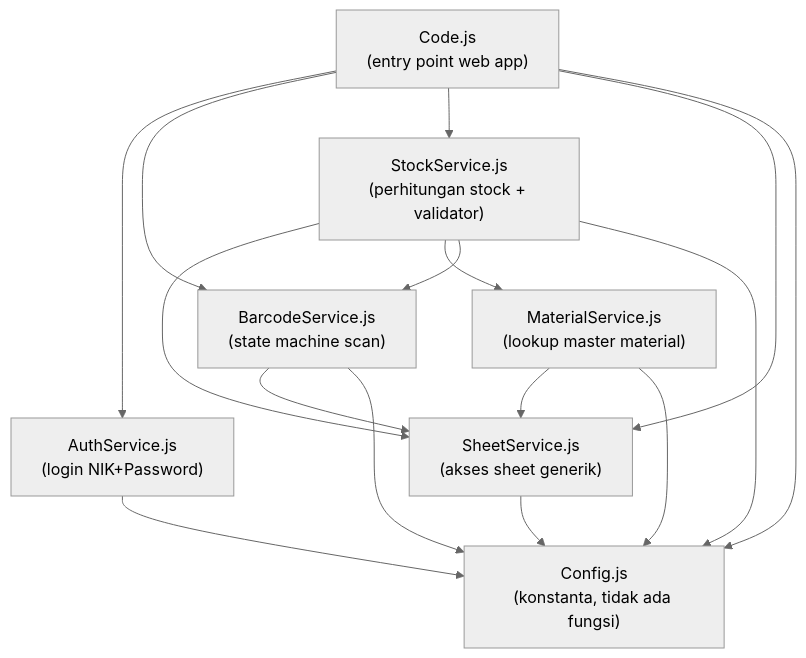
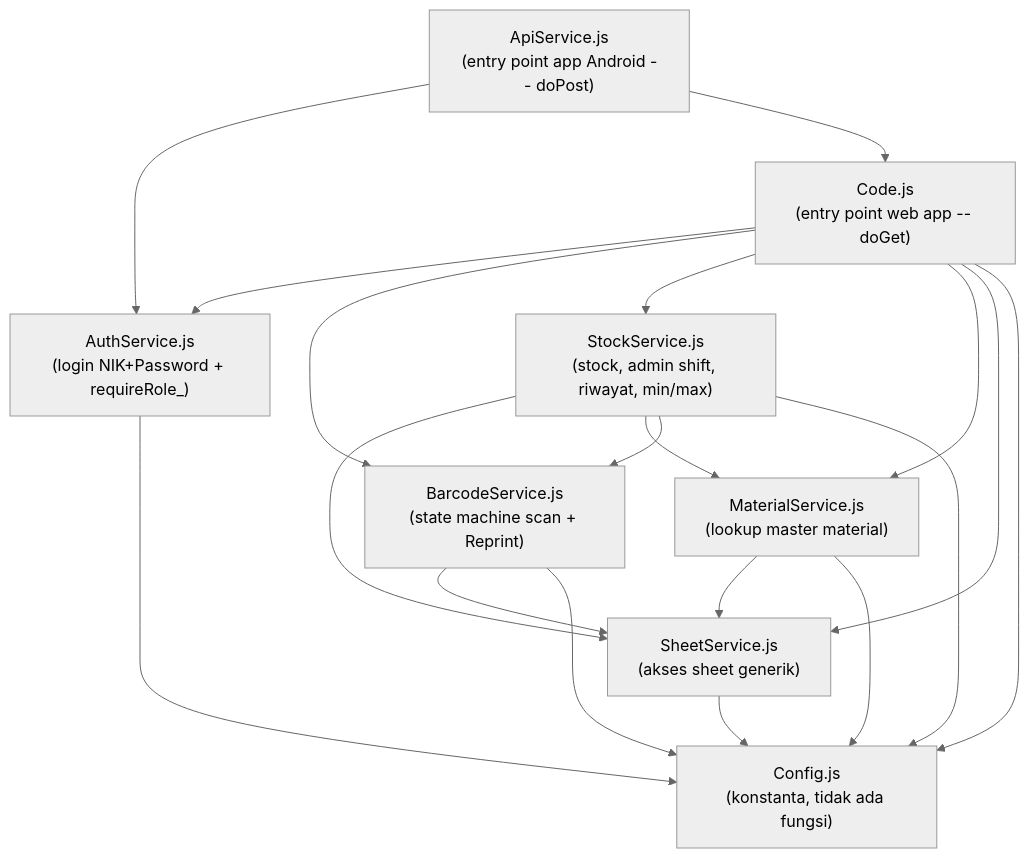
Before and after one commit to imannurchaedi-max/TSP: the first of 5 diagrams in dokumentasi/DEPENDENCY_MAP.md, drawn with Mermaid (neutral theme). The commit also changed other lines of this file and 6 other files, not shown here.

First line of the commit message:
Tindak lanjut audit eksternal: role-gating Android + dokumentasi akurat

````diff
--- a/dokumentasi/DEPENDENCY_MAP.md
+++ b/dokumentasi/DEPENDENCY_MAP.md
@@ -9,26 +15,30 @@
 ```mermaid
 graph TD
   Config["Config.js<br/>(konstanta, tidak ada fungsi)"]
   SheetSvc["SheetService.js<br/>(akses sheet generik)"]
   MaterialSvc["MaterialService.js<br/>(lookup master material)"]
-  AuthSvc["AuthService.js<br/>(login NIK+Password)"]
-  BarcodeSvc["BarcodeService.js<br/>(state machine scan)"]
-  StockSvc["StockService.js<br/>(perhitungan stock + validator)"]
-  CodeJs["Code.js<br/>(entry point web app)"]
+  AuthSvc["AuthService.js<br/>(login NIK+Password + requireRole_)"]
+  BarcodeSvc["BarcodeService.js<br/>(state machine scan + Reprint)"]
+  StockSvc["StockService.js<br/>(stock, admin shift, riwayat, min/max)"]
+  CodeJs["Code.js<br/>(entry point web app -- doGet)"]
+  ApiSvc["ApiService.js<br/>(entry point app Android -- doPost)"]
 
   SheetSvc --> Config
   MaterialSvc --> SheetSvc
   MaterialSvc --> Config
   AuthSvc --> Config
   BarcodeSvc --> SheetSvc
   BarcodeSvc --> Config
   StockSvc --> SheetSvc
   StockSvc --> MaterialSvc
   StockSvc --> BarcodeSvc
   StockSvc --> Config
   CodeJs --> AuthSvc
   CodeJs --> BarcodeSvc
   CodeJs --> StockSvc
+  CodeJs --> MaterialSvc
   CodeJs --> SheetSvc
   CodeJs --> Config
+  ApiSvc --> AuthSvc
+  ApiSvc --> CodeJs
 ```
````
